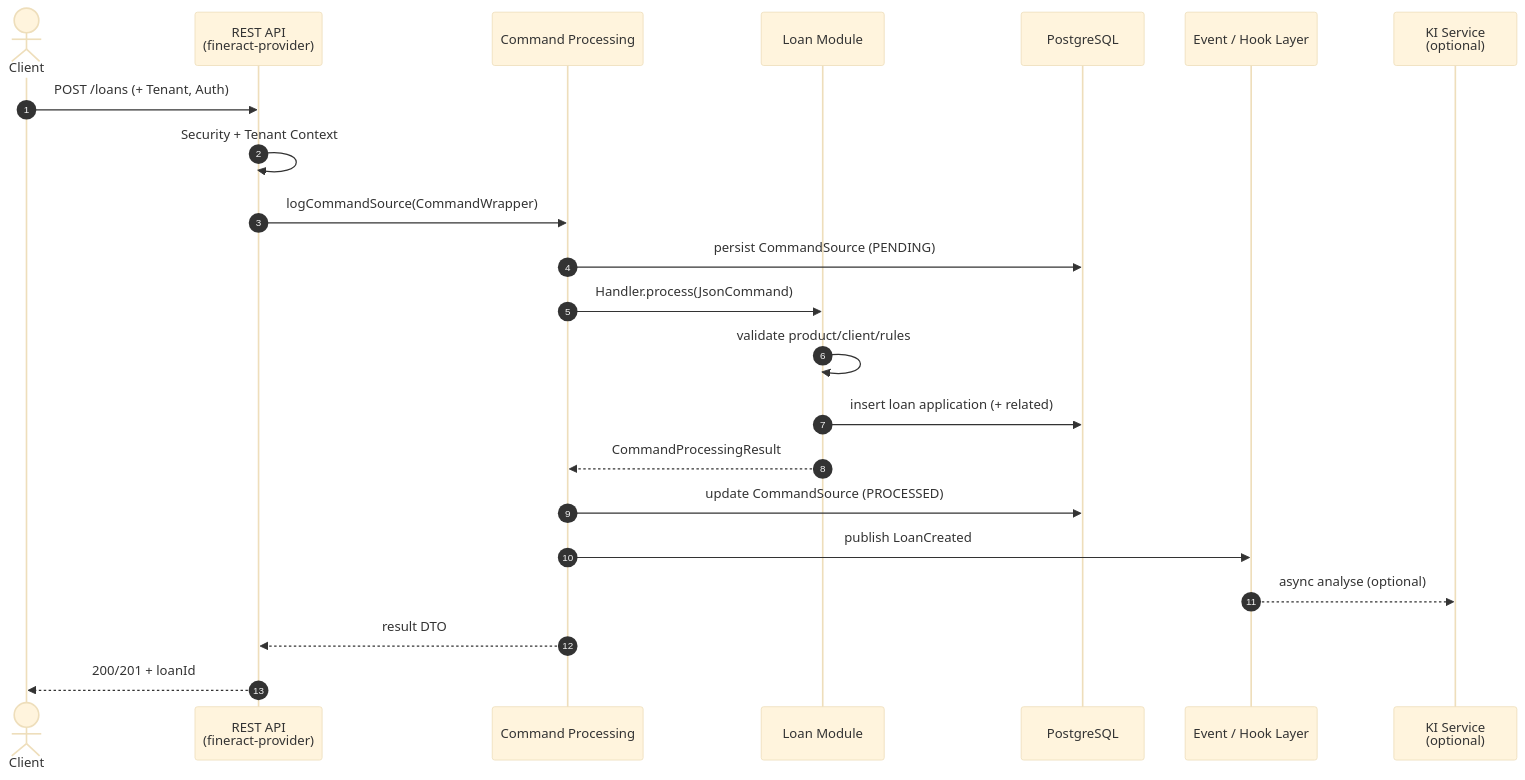
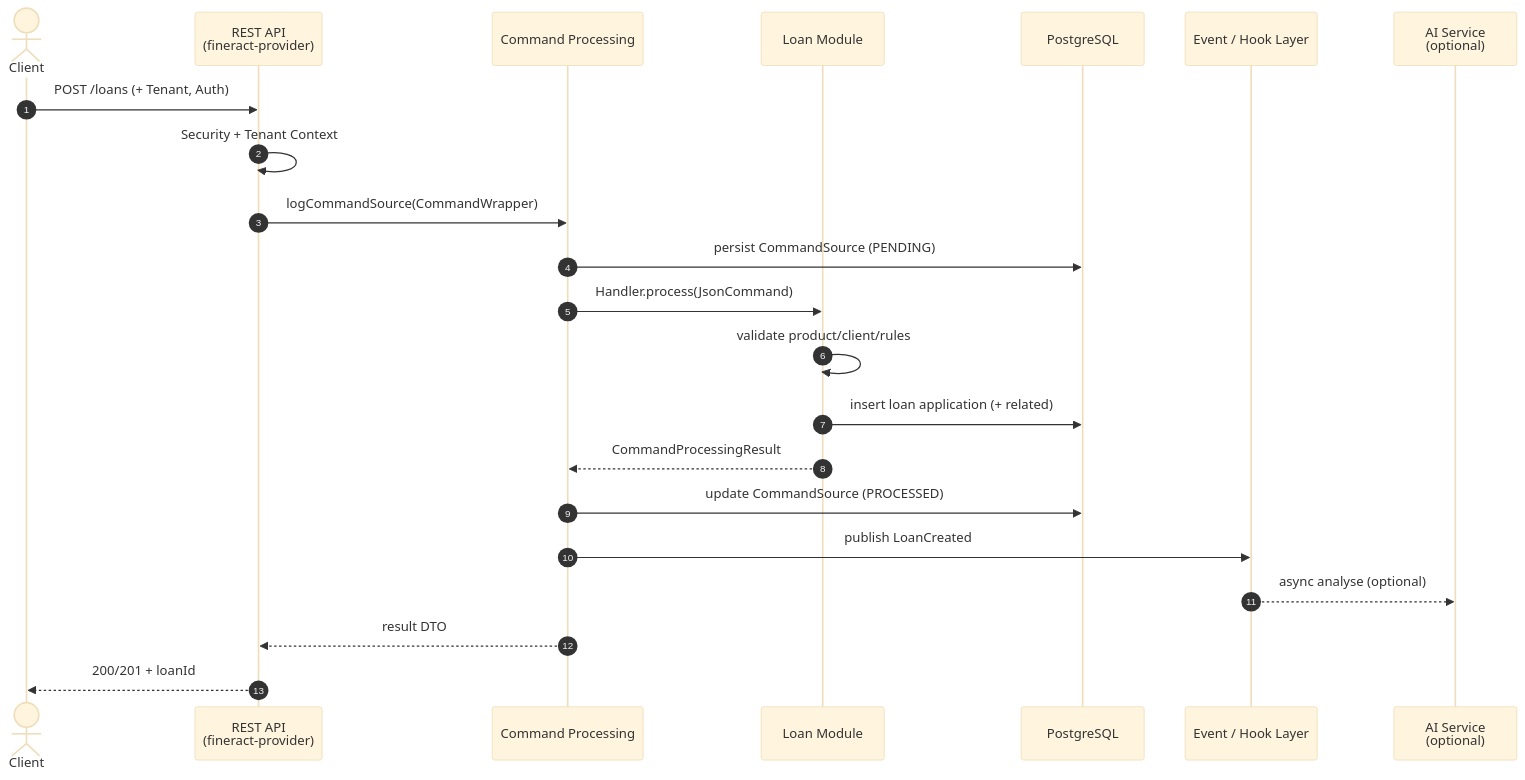
Before and after one commit to RainerMaxWallscheid/fineract-osgi: the first of 5 diagrams in docs/arc42/04_runtime_view.md, drawn with Mermaid (base theme). The commit also changed other lines of this file and 38 other files, not shown here.

````diff
--- a/docs/arc42/04_runtime_view.md
+++ b/docs/arc42/04_runtime_view.md
@@ -67,25 +67,25 @@
 ```mermaid
 sequenceDiagram
     autonumber
     actor Client
     participant API as REST API<br/>(fineract-provider)
     participant CMD as Command Processing
     participant Loan as Loan Module
     participant DB as PostgreSQL
     participant Evt as Event / Hook Layer
-    participant KI as KI Service<br/>(optional)
+    participant KI as AI Service<br/>(optional)
 
     Client->>API: POST /loans (+ Tenant, Auth)
     API->>API: Security + Tenant Context
     API->>CMD: logCommandSource(CommandWrapper)
     CMD->>DB: persist CommandSource (PENDING)
     CMD->>Loan: Handler.process(JsonCommand)
     Loan->>Loan: validate product/client/rules
     Loan->>DB: insert loan application (+ related)
     Loan-->>CMD: CommandProcessingResult
     CMD->>DB: update CommandSource (PROCESSED)
     CMD->>Evt: publish LoanCreated
     Evt-->>KI: async analyse (optional)
     CMD-->>API: result DTO
     API-->>Client: 200/201 + loanId
 ```
````
